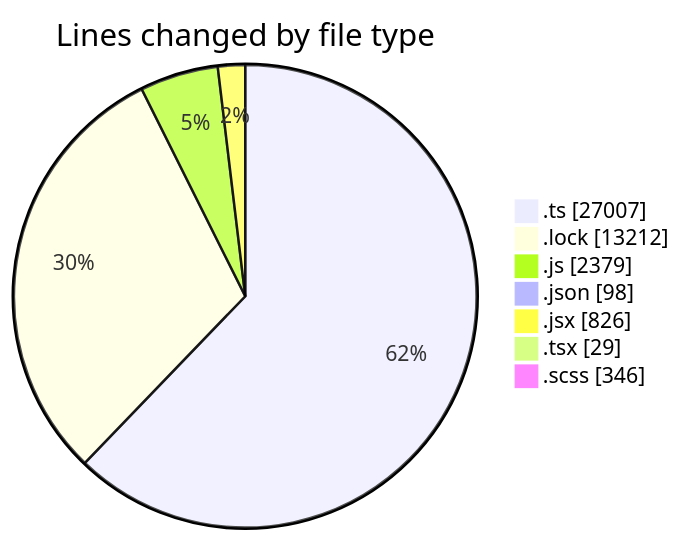
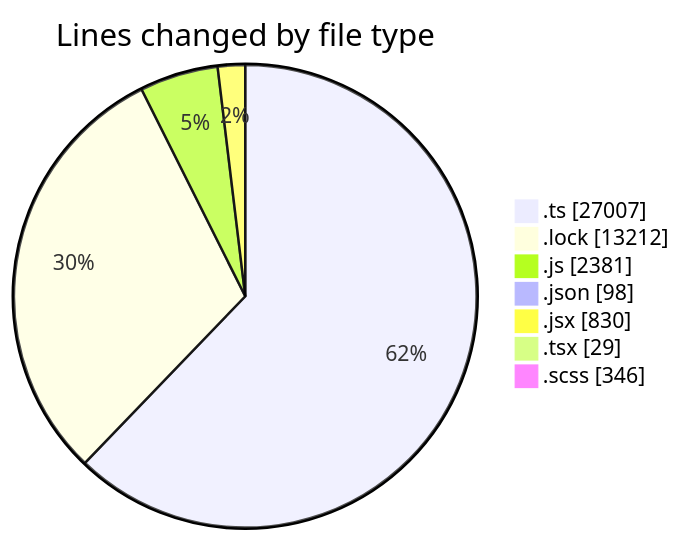
One commit to momahboobian/code-tracking changed the first of 2 diagrams in 2025-05-16/cda/README.md. Above: the diagram before and after it, drawn with Mermaid. The commit also changed other lines of this file and 1 other file, not shown here.

````diff
--- a/2025-05-16/cda/README.md
+++ b/2025-05-16/cda/README.md
@@ -44,11 +44,11 @@
 ```mermaid
 pie showData
 title Lines changed by file type
 ".ts" : 27007
 ".lock" : 13212
-".js" : 2379
+".js" : 2381
 ".json" : 98
-".jsx" : 826
+".jsx" : 830
 ".tsx" : 29
 ".scss" : 346
 ```
````
